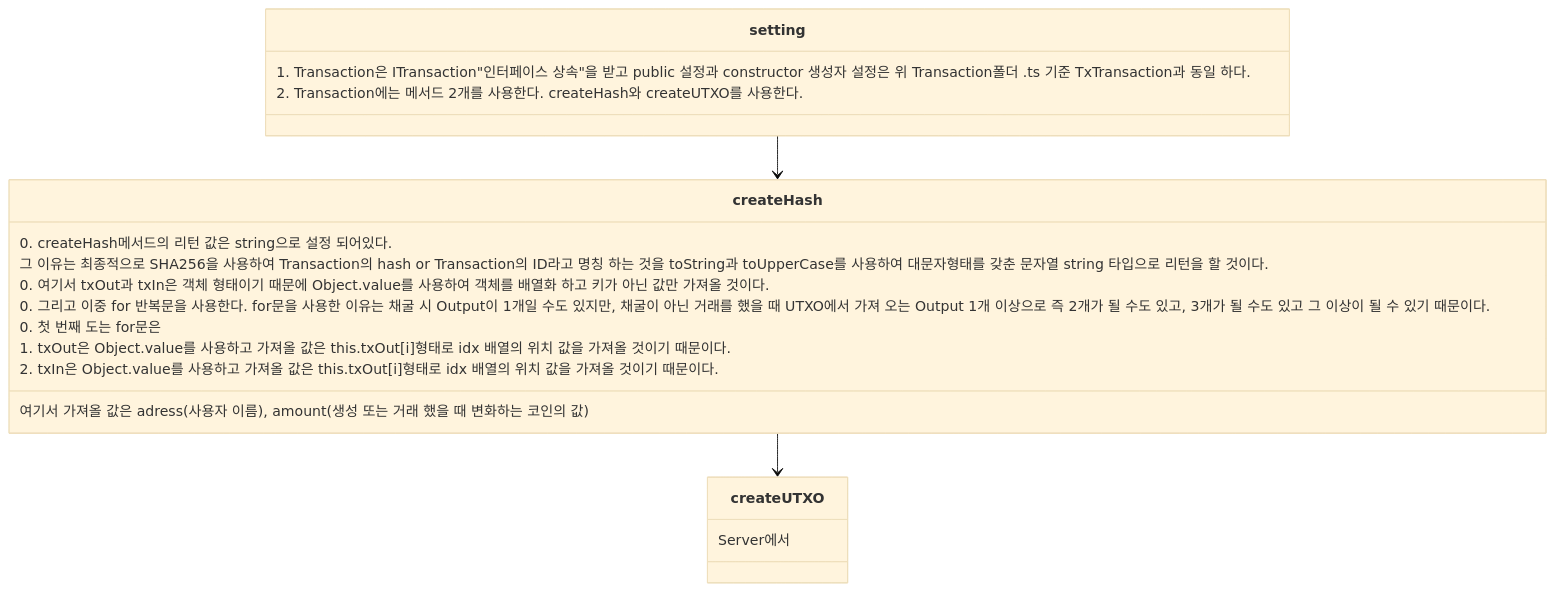
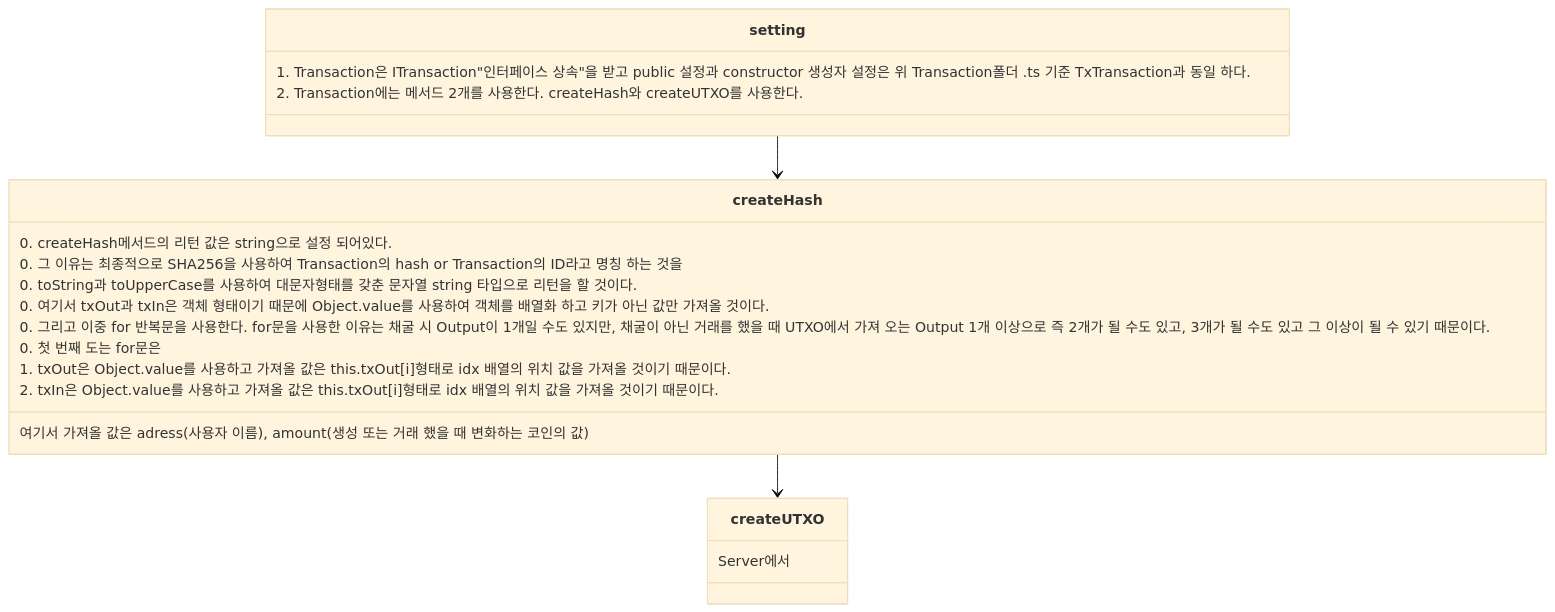
The third of 5 diagrams in chain/block020/block/ReadMe.md (HGWA333/Block), drawn with Mermaid (base theme) before and after one commit.

````diff
--- a/chain/block020/block/ReadMe.md
+++ b/chain/block020/block/ReadMe.md
@@ -107,26 +107,27 @@
 ```mermaid
 classDiagram
 setting --> createHash
 createHash --> createUTXO
 class setting{
  1. Transaction은 ITransaction"인터페이스 상속"을 받고 public 설정과 constructor 생성자 설정은 위 Transaction폴더 .ts 기준 TxTransaction과 동일 하다.
  2. Transaction에는 메서드 2개를 사용한다. createHash와 createUTXO를 사용한다.
 }
 class createHash{
   0. createHash메서드의 리턴 값은 string으로 설정 되어있다.
-  그 이유는 최종적으로 SHA256을 사용하여 Transaction의 hash or Transaction의 ID라고 명칭 하는 것을 toString과 toUpperCase를 사용하여 대문자형태를 갖춘 문자열 string 타입으로 리턴을 할 것이다.
+  0. 그 이유는 최종적으로 SHA256을 사용하여 Transaction의 hash or Transaction의 ID라고 명칭 하는 것을
+  0. toString과 toUpperCase를 사용하여 대문자형태를 갖춘 문자열 string 타입으로 리턴을 할 것이다.
   0. 여기서 txOut과 txIn은 객체 형태이기 때문에 Object.value를 사용하여 객체를 배열화 하고 키가 아닌 값만 가져올 것이다.
   여기서 가져올 값은 adress(사용자 이름), amount(생성 또는 거래 했을 때 변화하는 코인의 값)
 
   0. 그리고 이중 for 반복문을 사용한다. for문을 사용한 이유는 채굴 시 Output이 1개일 수도 있지만, 채굴이 아닌 거래를 했을 때 UTXO에서 가져 오는 Output 1개 이상으로 즉 2개가 될 수도 있고, 3개가 될 수도 있고 그 이상이 될 수 있기 때문이다.
   0. 첫 번째 도는 for문은
 
   1. txOut은 Object.value를 사용하고 가져올 값은 this.txOut[i]형태로 idx 배열의 위치 값을 가져올 것이기 때문이다.
 
   2. txIn은 Object.value를 사용하고 가져올 값은 this.txOut[i]형태로 idx 배열의 위치 값을 가져올 것이기 때문이다.
 }
 class createUTXO{
  Server에서
 }
 
 ```
````
